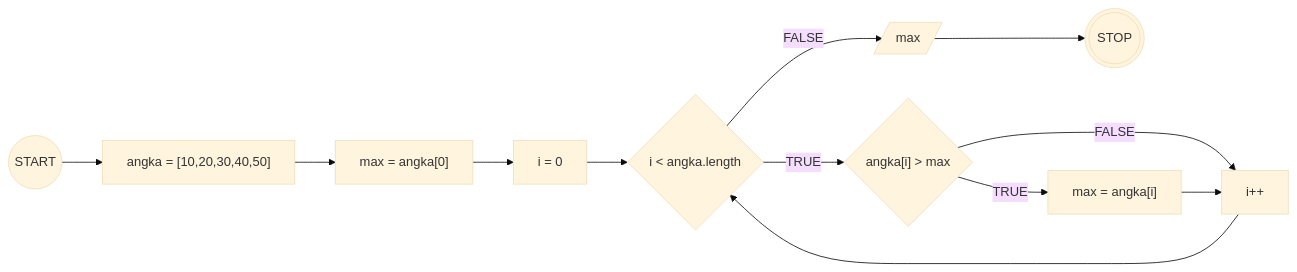
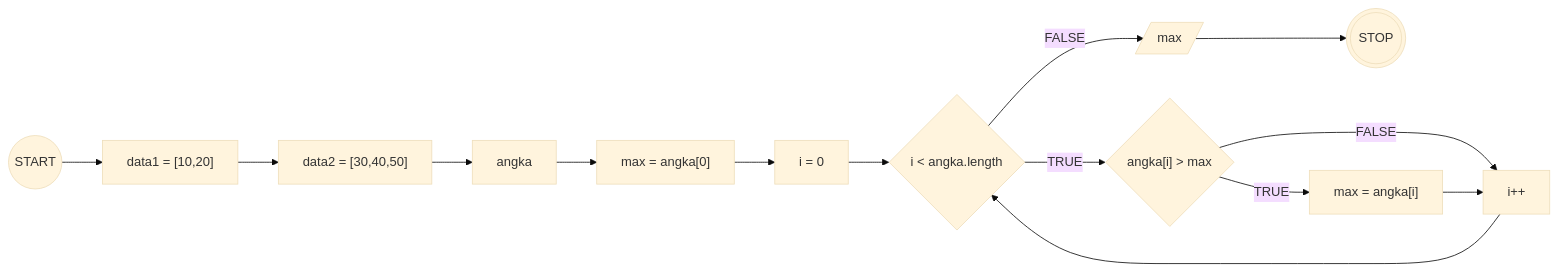
The first of 3 diagrams in README.md (ktsrqsdev/koda-b10-javascript4), drawn with Mermaid (base theme) before and after one commit. The commit also changed other lines of this file, not shown here.

````diff
--- a/README.md
+++ b/README.md
@@ -2,28 +2,32 @@
 ``` mermaid
 flowchart LR
     start((START))
     stop(((STOP)))
 
-    array["angka = [10,20,30,40,50]"]
+    array["data1 = [10,20]"]
+    array2["data2 = [30,40,50]"]
+    angka["angka"]
     max["max = angka[0]"]
     I[i = 0]
     reassign["max = angka[i]"]
     loop[i++]
     output[/max/]
     
     konI{i < angka.length}
     cekmax{"angka[i] > max"}
 
 
     start --> array
-    array --> max
+    array --> array2
+    array2 --> angka
+    angka --> max
     max --> I
     I --> konI
     konI --TRUE--> cekmax
     cekmax --FALSE--> loop
     cekmax --TRUE--> reassign
     reassign --> loop
     loop --> konI
     konI --FALSE--> output
     output --> stop
 ```
````
